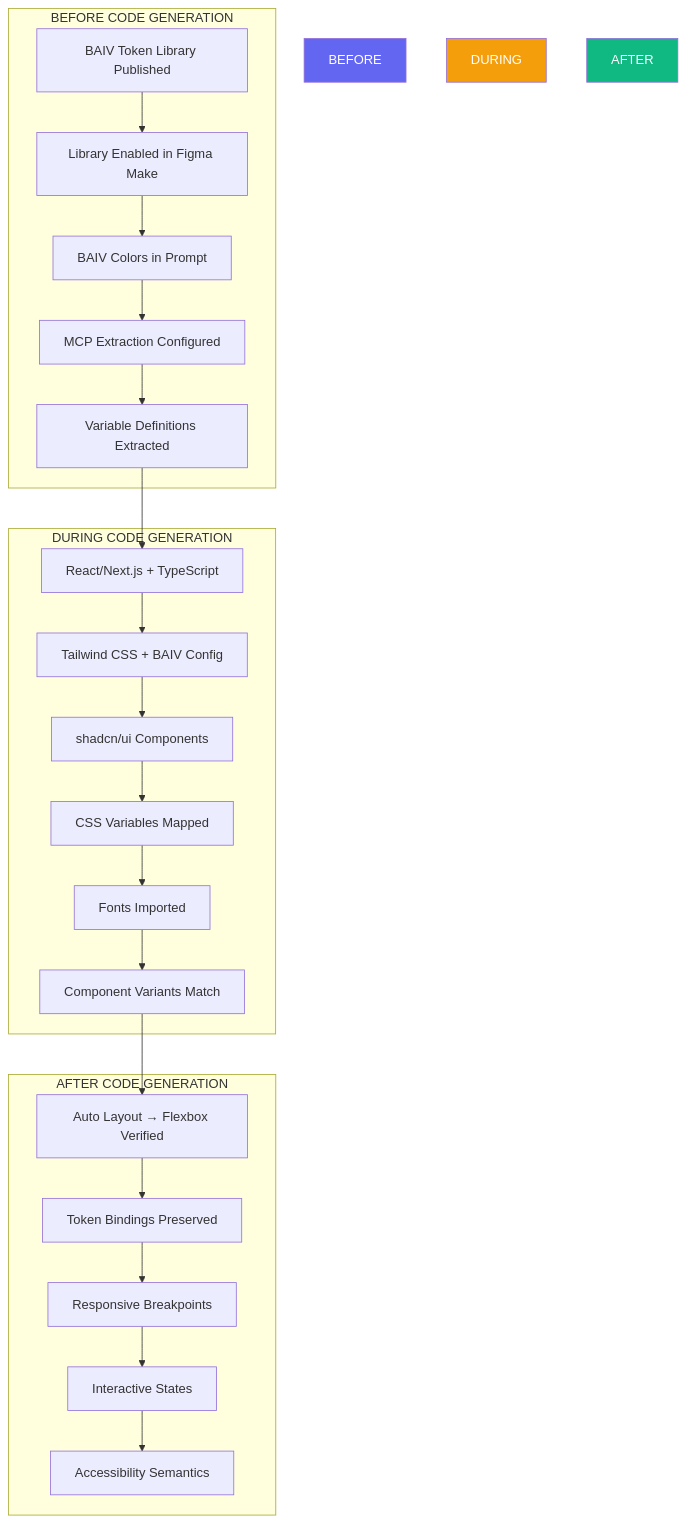
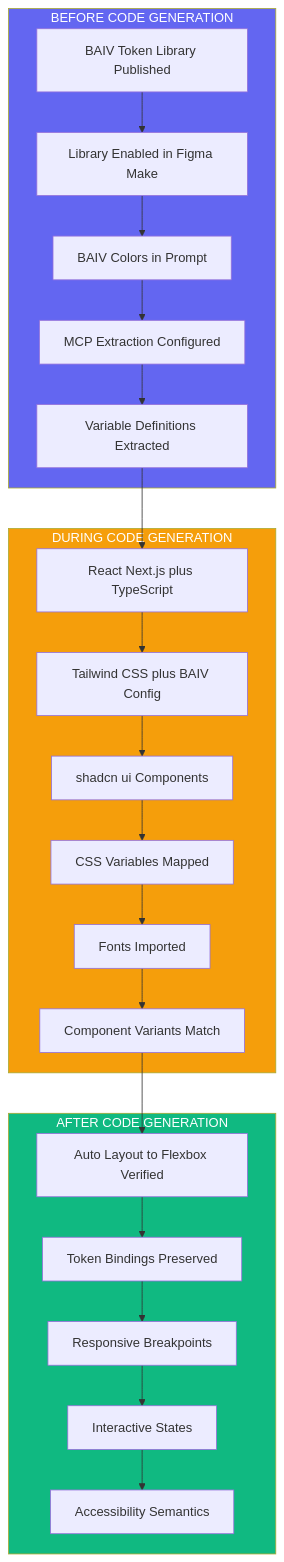
Before and after one commit to ajrmooreuk/PF-Prototype-Shared: diagram 13 of 17 in 1 Architecture/0.1 Solution architects/HLD-High-level/HLD_AGENTIC_SOLUTION_TEMPLATE.md, drawn with Mermaid. The commit also changed other lines of this file, not shown here.

First line of the commit message:
docs: Complete mermaid diagram fixes - HLD v1.2.0

````diff
--- a/1 Architecture/0.1 Solution architects/HLD-High-level/HLD_AGENTIC_SOLUTION_TEMPLATE.md
+++ b/1 Architecture/0.1 Solution architects/HLD-High-level/HLD_AGENTIC_SOLUTION_TEMPLATE.md
@@ -723,37 +725,37 @@
 ```mermaid
 graph TB
-    subgraph "BEFORE CODE GENERATION"
-        B1[BAIV Token Library Published]
-        B2[Library Enabled in Figma Make]
-        B3[BAIV Colors in Prompt]
-        B4[MCP Extraction Configured]
-        B5[Variable Definitions Extracted]
+    subgraph BEFORE["BEFORE CODE GENERATION"]
+        B1["BAIV Token Library Published"]
+        B2["Library Enabled in Figma Make"]
+        B3["BAIV Colors in Prompt"]
+        B4["MCP Extraction Configured"]
+        B5["Variable Definitions Extracted"]
     end
     
-    subgraph "DURING CODE GENERATION"
-        D1[React/Next.js + TypeScript]
-        D2[Tailwind CSS + BAIV Config]
-        D3[shadcn/ui Components]
-        D4[CSS Variables Mapped]
-        D5[Fonts Imported]
-        D6[Component Variants Match]
+    subgraph DURING["DURING CODE GENERATION"]
+        D1["React Next.js plus TypeScript"]
+        D2["Tailwind CSS plus BAIV Config"]
+        D3["shadcn ui Components"]
+        D4["CSS Variables Mapped"]
+        D5["Fonts Imported"]
+        D6["Component Variants Match"]
     end
     
-    subgraph "AFTER CODE GENERATION"
-        A1[Auto Layout → Flexbox Verified]
-        A2[Token Bindings Preserved]
-        A3[Responsive Breakpoints]
-        A4[Interactive States]
-        A5[Accessibility Semantics]
+    subgraph AFTER["AFTER CODE GENERATION"]
+        A1["Auto Layout to Flexbox Verified"]
+        A2["Token Bindings Preserved"]
+        A3["Responsive Breakpoints"]
+        A4["Interactive States"]
+        A5["Accessibility Semantics"]
     end
     
     B1 --> B2 --> B3 --> B4 --> B5
     B5 --> D1
     D1 --> D2 --> D3 --> D4 --> D5 --> D6
     D6 --> A1
     A1 --> A2 --> A3 --> A4 --> A5
     
     style BEFORE fill:#6366F1,color:#fff
     style DURING fill:#F59E0B,color:#fff
     style AFTER fill:#10B981,color:#fff
 ```
````
